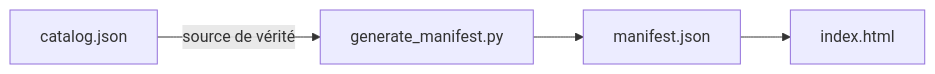
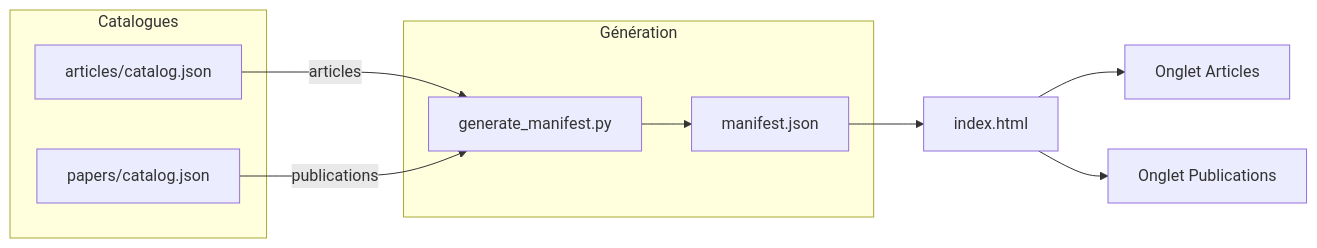
The first of 5 diagrams in README.md (Sandjab/Curax), drawn with Mermaid before and after one commit. The commit also changed other lines of this file and 9 other files, not shown here.

````diff
--- a/README.md
+++ b/README.md
@@ -7,6 +7,15 @@
 ```mermaid
 flowchart LR
-    A[catalog.json] -->|source de vérité| B[generate_manifest.py]
-    B --> C[manifest.json]
-    C --> D[index.html]
+    subgraph Catalogues
+        AC[articles/catalog.json]
+        PC[papers/catalog.json]
+    end
+    subgraph Génération
+        AC -->|articles| GM[generate_manifest.py]
+        PC -->|publications| GM
+        GM --> M[manifest.json]
+    end
+    M --> UI[index.html]
+    UI --> TA[Onglet Articles]
+    UI --> TP[Onglet Publications]
 ```
````
